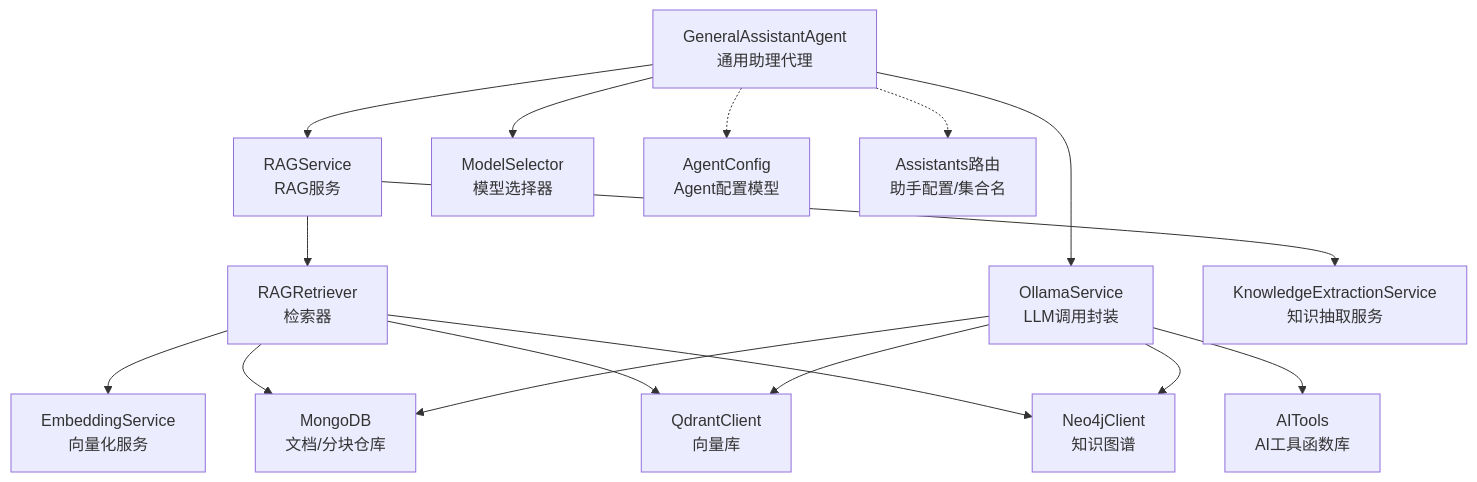
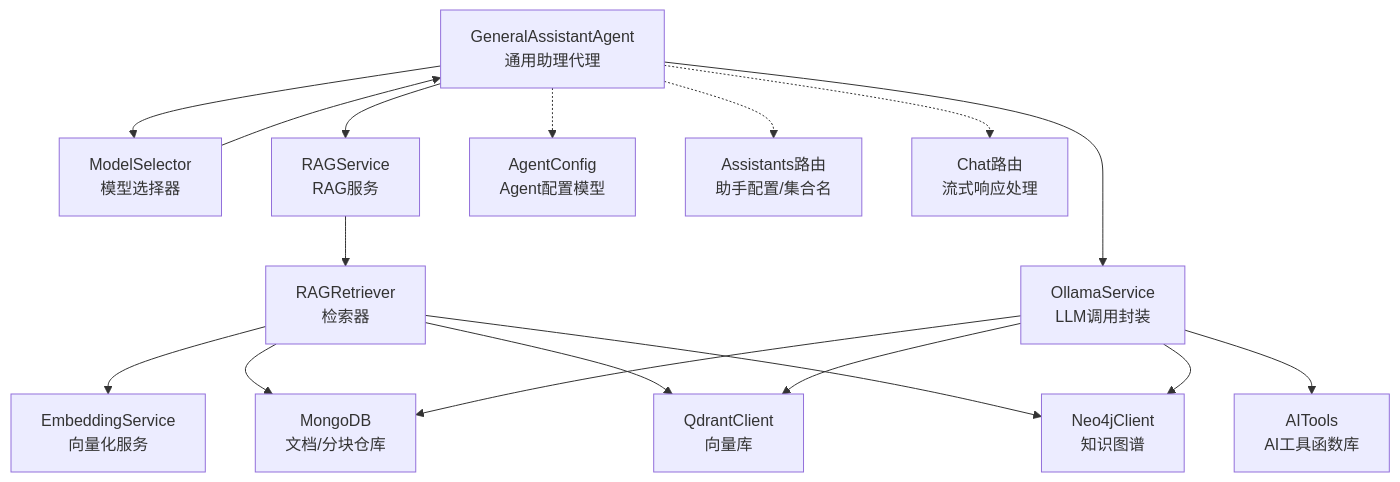
The first of 5 diagrams in .qoder/repowiki/zh/content/核心功能模块/AI代理系统/通用助理代理.md (iammm0/advanced-rag), drawn with Mermaid before and after one commit. The commit also changed other lines of this file and 12 other files, not shown here.

````diff
--- a/.qoder/repowiki/zh/content/核心功能模块/AI代理系统/通用助理代理.md
+++ b/.qoder/repowiki/zh/content/核心功能模块/AI代理系统/通用助理代理.md
@@ -60,18 +59,19 @@
 ```mermaid
 graph TB
-GA["GeneralAssistantAgent<br/>通用助理代理"] --> RS["RAGService<br/>RAG服务"]
-GA --> MS["ModelSelector<br/>模型选择器"]
+GA["GeneralAssistantAgent<br/>通用助理代理"] --> MS["ModelSelector<br/>模型选择器"]
+GA --> RS["RAGService<br/>RAG服务"]
 GA --> OS["OllamaService<br/>LLM调用封装"]
+MS --> GA
 RS --> RR["RAGRetriever<br/>检索器"]
 RR --> ES["EmbeddingService<br/>向量化服务"]
 RR --> MC["MongoDB<br/>文档/分块仓库"]
 RR --> QC["QdrantClient<br/>向量库"]
 RR --> NC["Neo4jClient<br/>知识图谱"]
-RS --> KES["KnowledgeExtractionService<br/>知识抽取服务"]
 OS --> AT["AITools<br/>AI工具函数库"]
 OS --> MC
 OS --> QC
 OS --> NC
 GA -.-> AC["AgentConfig<br/>Agent配置模型"]
 GA -.-> AR["Assistants路由<br/>助手配置/集合名"]
+GA -.-> CH["Chat路由<br/>流式响应处理"]
 ```
````
